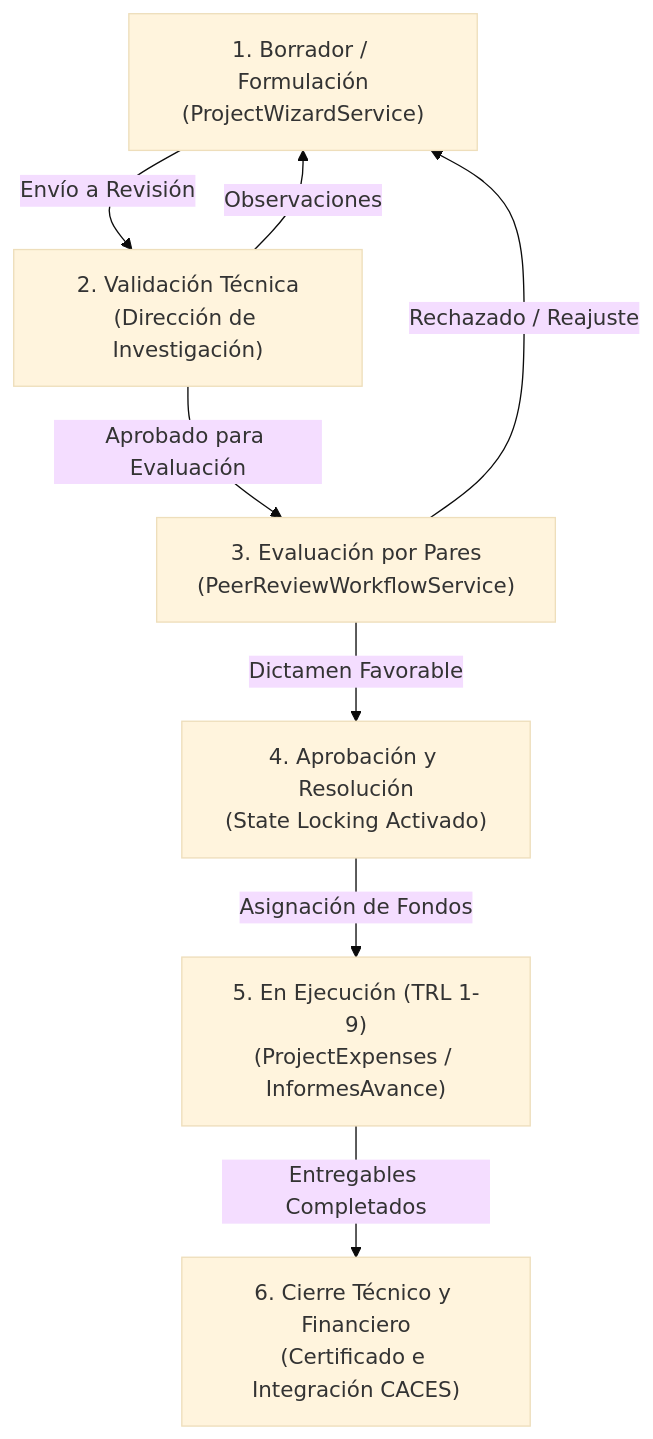
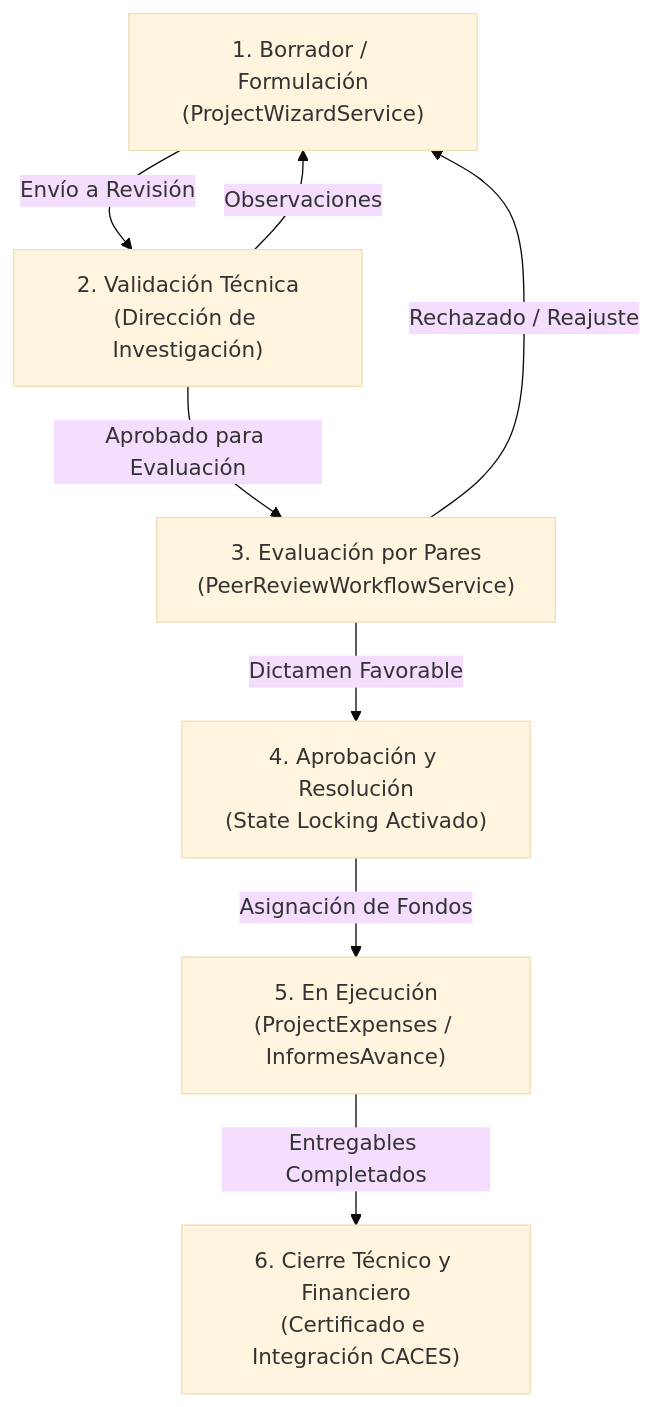
One commit to JorgeDoicela/dosier changed the first of 2 diagrams in docs/documentacion/02-backend-servicios/04-workflow-proyectos-y-trl.md. Above: the diagram before and after it, drawn with Mermaid (base theme). The commit also changed other lines of this file and 60 other files, not shown here.

````diff
--- a/docs/documentacion/02-backend-servicios/04-workflow-proyectos-y-trl.md
+++ b/docs/documentacion/02-backend-servicios/04-workflow-proyectos-y-trl.md
@@ -13,10 +13,10 @@
 ```mermaid
 graph TD
     Borrador["1. Borrador / Formulación\n(ProjectWizardService)"] -->|Envío a Revisión| ValTecnica["2. Validación Técnica\n(Dirección de Investigación)"]
     ValTecnica -->|Observaciones| Borrador
     ValTecnica -->|Aprobado para Evaluación| Evaluation["3. Evaluación por Pares\n(PeerReviewWorkflowService)"]
     Evaluation -->|Rechazado / Reajuste| Borrador
     Evaluation -->|Dictamen Favorable| Aprobacion["4. Aprobación y Resolución\n(State Locking Activado)"]
-    Aprobacion -->|Asignación de Fondos| Ejecucion["5. En Ejecución (TRL 1-9)\n(ProjectExpenses / InformesAvance)"]
+    Aprobacion -->|Asignación de Fondos| Ejecucion["5. En Ejecución\n(ProjectExpenses / InformesAvance)"]
     Ejecucion -->|Entregables Completados| Cierre["6. Cierre Técnico y Financiero\n(Certificado e Integración CACES)"]
 ```
````
